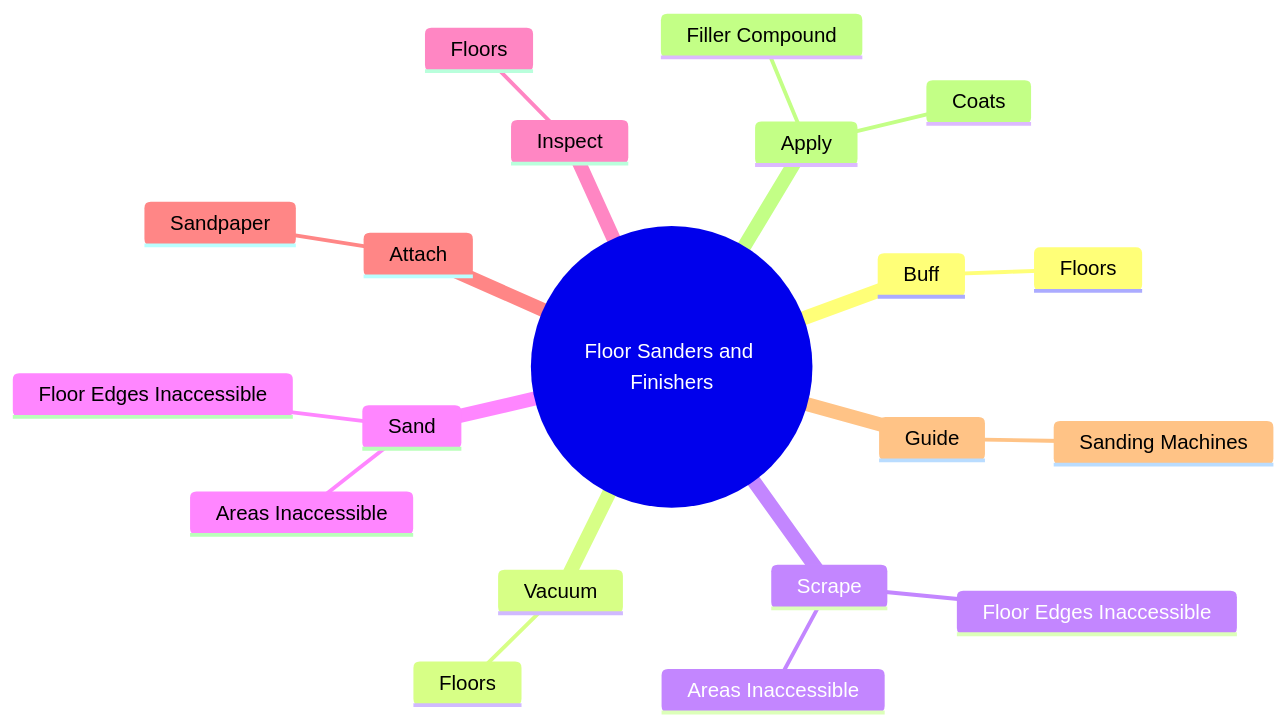
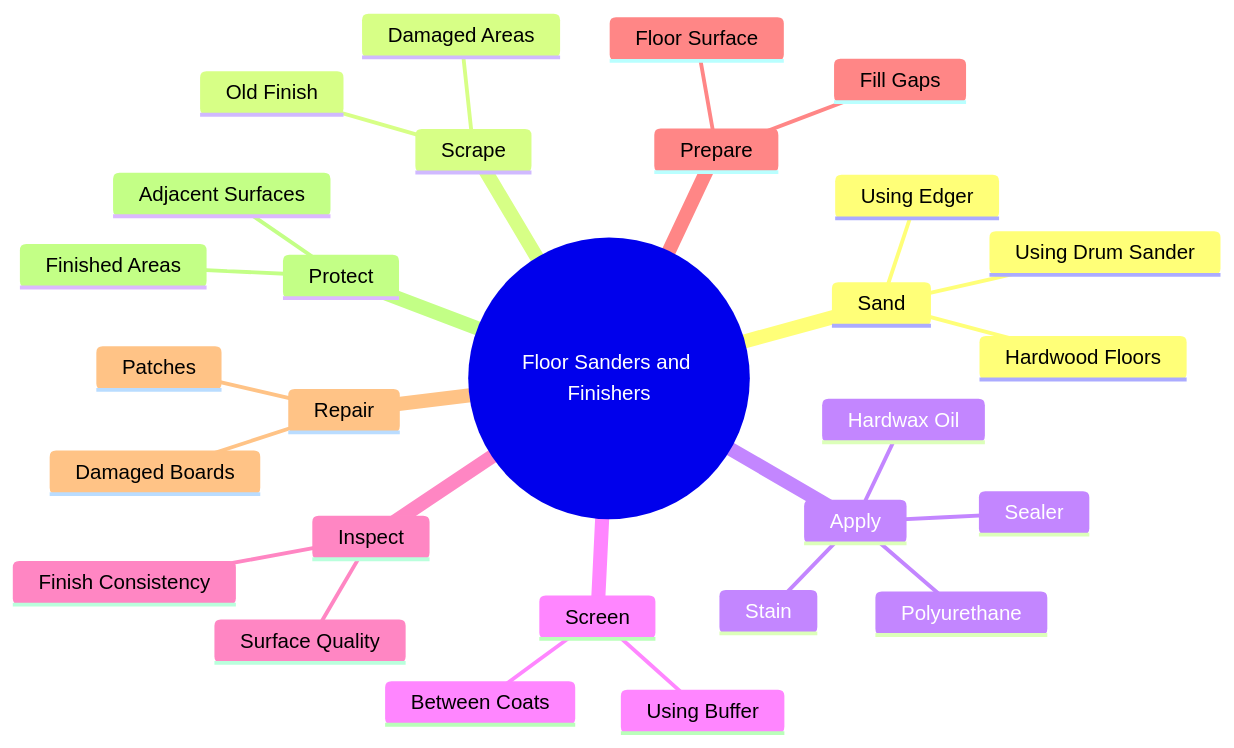
One commit to kziemski/business.org.ai changed the second of 4 diagrams in occupations/Construction/FloorSandersAndFinishers.mdx. Above: the diagram before and after it, drawn with Mermaid. The commit also changed other lines of this file and 938 other files, not shown here.

````diff
--- a/occupations/Construction/FloorSandersAndFinishers.mdx
+++ b/occupations/Construction/FloorSandersAndFinishers.mdx
@@ -37,23 +47,31 @@
 ```mermaid
 mindmap
     root(("Floor Sanders and Finishers"))
-        Buff
-            Floors
-        Vacuum
-            Floors
+        Sand
+            Hardwood Floors
+            Using Drum Sander
+            Using Edger
         Scrape
-            Floor Edges Inaccessible
-            Areas Inaccessible
-        Sand
-            Floor Edges Inaccessible
-            Areas Inaccessible
+            Old Finish
+            Damaged Areas
+        Apply
+            Stain
+            Sealer
+            Polyurethane
+            Hardwax Oil
+        Screen
+            Between Coats
+            Using Buffer
         Inspect
-            Floors
-        Attach
-            Sandpaper
-        Guide
-            Sanding Machines
-        Apply
-            Filler Compound
-            Coats
+            Surface Quality
+            Finish Consistency
+        Prepare
+            Floor Surface
+            Fill Gaps
+        Repair
+            Damaged Boards
+            Patches
+        Protect
+            Adjacent Surfaces
+            Finished Areas
 ```
````
